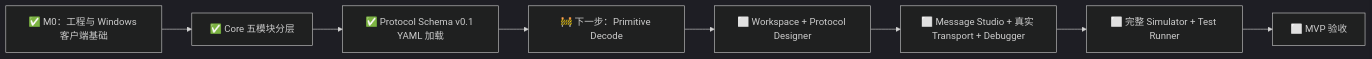
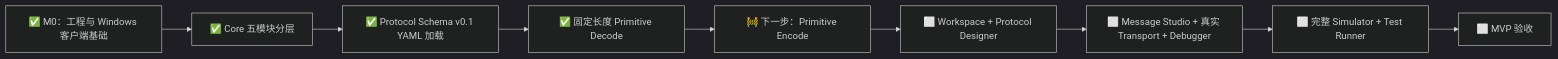
The diagram in docs/IoT Protocol Studio 功能清单与开发进度.md (ZevixQuatol/IoT-Protocol-Studio), drawn with Mermaid (dark theme) before and after one commit. The commit also changed other lines of this file and 11 other files, not shown here.

````diff
--- a/docs/IoT Protocol Studio 功能清单与开发进度.md
+++ b/docs/IoT Protocol Studio 功能清单与开发进度.md
@@ -51,10 +51,11 @@
 ```mermaid
 flowchart LR
     A["✅ M0：工程与 Windows 客户端基础"] --> B["✅ Core 五模块分层"]
     B --> C["✅ Protocol Schema v0.1 YAML 加载"]
-    C --> D["🚧 下一步：Primitive Decode"]
-    D --> E["⬜ Workspace + Protocol Designer"]
-    E --> F["⬜ Message Studio + 真实 Transport + Debugger"]
-    F --> G["⬜ 完整 Simulator + Test Runner"]
-    G --> H["⬜ MVP 验收"]
+    C --> D["✅ 固定长度 Primitive Decode"]
+    D --> E["🚧 下一步：Primitive Encode"]
+    E --> F["⬜ Workspace + Protocol Designer"]
+    F --> G["⬜ Message Studio + 真实 Transport + Debugger"]
+    G --> H["⬜ 完整 Simulator + Test Runner"]
+    H --> I["⬜ MVP 验收"]
 ```
````
